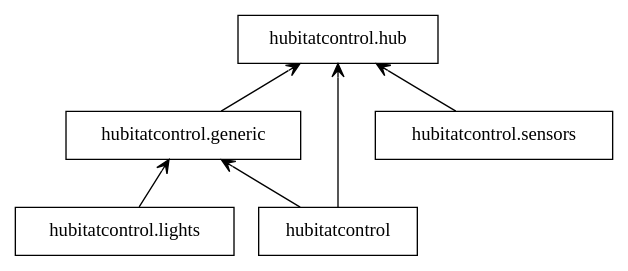
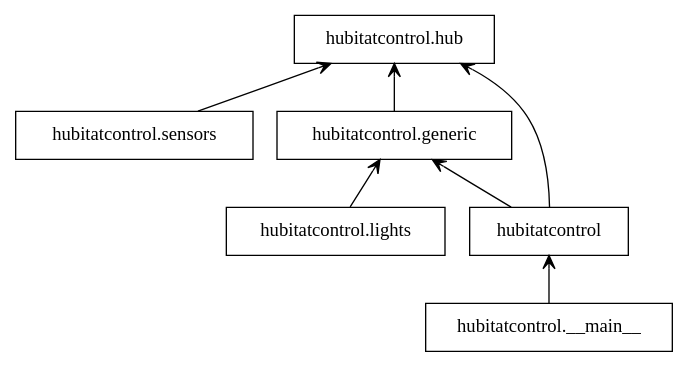
One commit to Jelloeater/hubitatcontrol changed the diagram in docs/packages.dot. Above: the diagram before and after it, drawn with Graphviz. The commit also changed 2 other files, not shown here.

```diff
--- a/docs/packages.dot
+++ b/docs/packages.dot
@@ -1,14 +1,16 @@
 digraph "packages" {
 rankdir=BT
 charset="utf-8"
 "hubitatcontrol" [color="black", label=<hubitatcontrol>, shape="box", style="solid"];
+"hubitatcontrol.__main__" [color="black", label=<hubitatcontrol.__main__>, shape="box", style="solid"];
 "hubitatcontrol.generic" [color="black", label=<hubitatcontrol.generic>, shape="box", style="solid"];
 "hubitatcontrol.hub" [color="black", label=<hubitatcontrol.hub>, shape="box", style="solid"];
 "hubitatcontrol.lights" [color="black", label=<hubitatcontrol.lights>, shape="box", style="solid"];
 "hubitatcontrol.sensors" [color="black", label=<hubitatcontrol.sensors>, shape="box", style="solid"];
 "hubitatcontrol" -> "hubitatcontrol.generic" [arrowhead="open", arrowtail="none"];
 "hubitatcontrol" -> "hubitatcontrol.hub" [arrowhead="open", arrowtail="none"];
+"hubitatcontrol.__main__" -> "hubitatcontrol" [arrowhead="open", arrowtail="none"];
 "hubitatcontrol.generic" -> "hubitatcontrol.hub" [arrowhead="open", arrowtail="none"];
 "hubitatcontrol.lights" -> "hubitatcontrol.generic" [arrowhead="open", arrowtail="none"];
 "hubitatcontrol.sensors" -> "hubitatcontrol.hub" [arrowhead="open", arrowtail="none"];
 }
```
